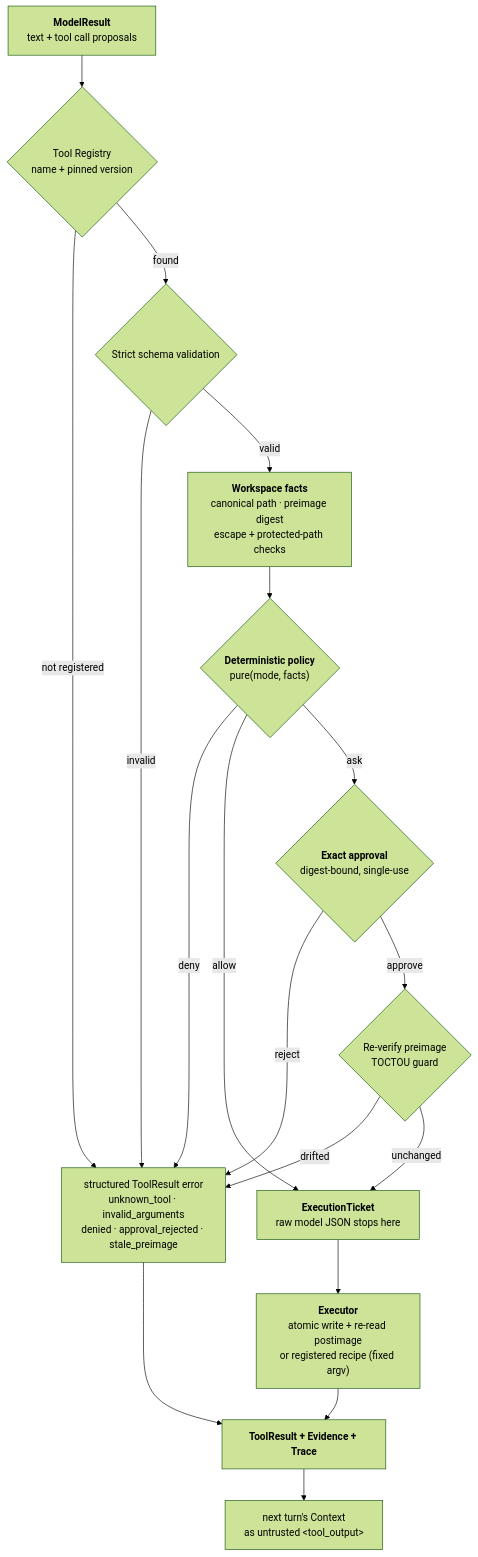
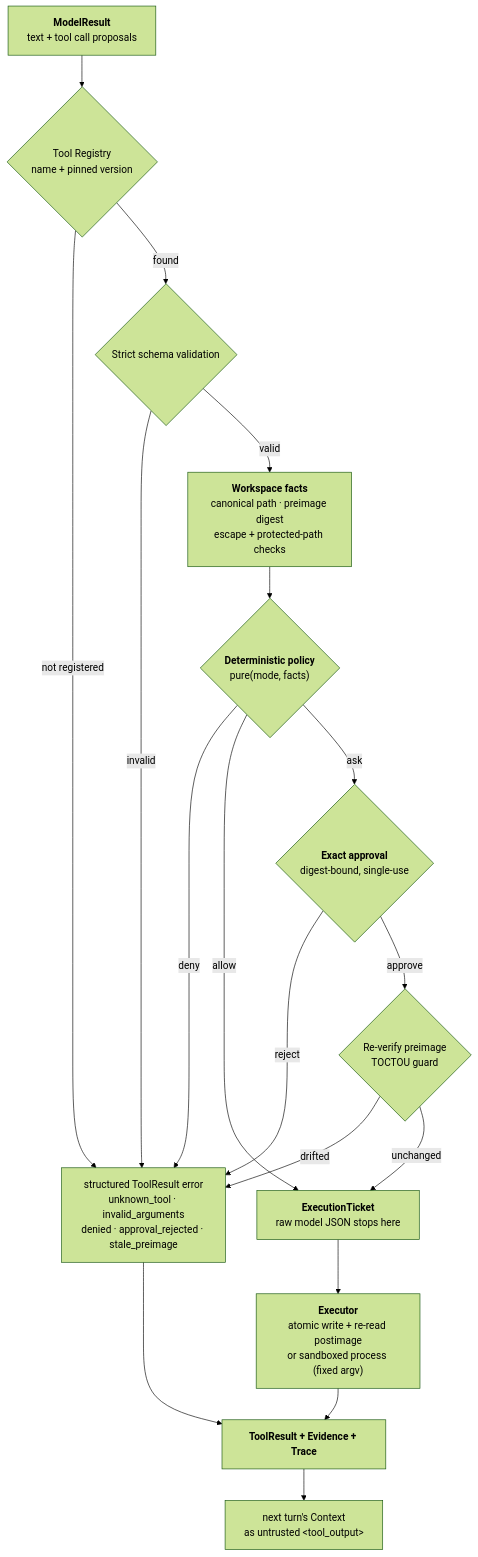
Before and after one commit to dyxnb22/Haven: the diagram in README.md, drawn with Mermaid (forest theme). The commit also changed other lines of this file and 35 other files, not shown here.

````diff
--- a/README.md
+++ b/README.md
@@ -86,20 +87,20 @@
 ```mermaid
 flowchart TD
     M["<b>ModelResult</b><br/>text + tool call proposals"] --> REG{"Tool Registry<br/>name + pinned version"}
     REG -->|not registered| ERR["structured ToolResult error<br/>unknown_tool · invalid_arguments<br/>denied · approval_rejected · stale_preimage"]
     REG -->|found| SCH{"Strict schema validation"}
     SCH -->|invalid| ERR
     SCH -->|valid| FACTS["<b>Workspace facts</b><br/>canonical path · preimage digest<br/>escape + protected-path checks"]
     FACTS --> POL{"<b>Deterministic policy</b><br/>pure(mode, facts)"}
     POL -->|deny| ERR
     POL -->|allow| TICKET
     POL -->|ask| APR{"<b>Exact approval</b><br/>digest-bound, single-use"}
     APR -->|reject| ERR
     APR -->|approve| TOC{"Re-verify preimage<br/>TOCTOU guard"}
     TOC -->|drifted| ERR
     TOC -->|unchanged| TICKET["<b>ExecutionTicket</b><br/>raw model JSON stops here"]
-    TICKET --> EXE["<b>Executor</b><br/>atomic write + re-read postimage<br/>or registered recipe (fixed argv)"]
+    TICKET --> EXE["<b>Executor</b><br/>atomic write + re-read postimage<br/>or sandboxed process (fixed argv)"]
     EXE --> OUT["<b>ToolResult + Evidence + Trace</b>"]
     ERR --> OUT
     OUT --> CTX["next turn's Context<br/>as untrusted &lt;tool_output&gt;"]
 ```
````
